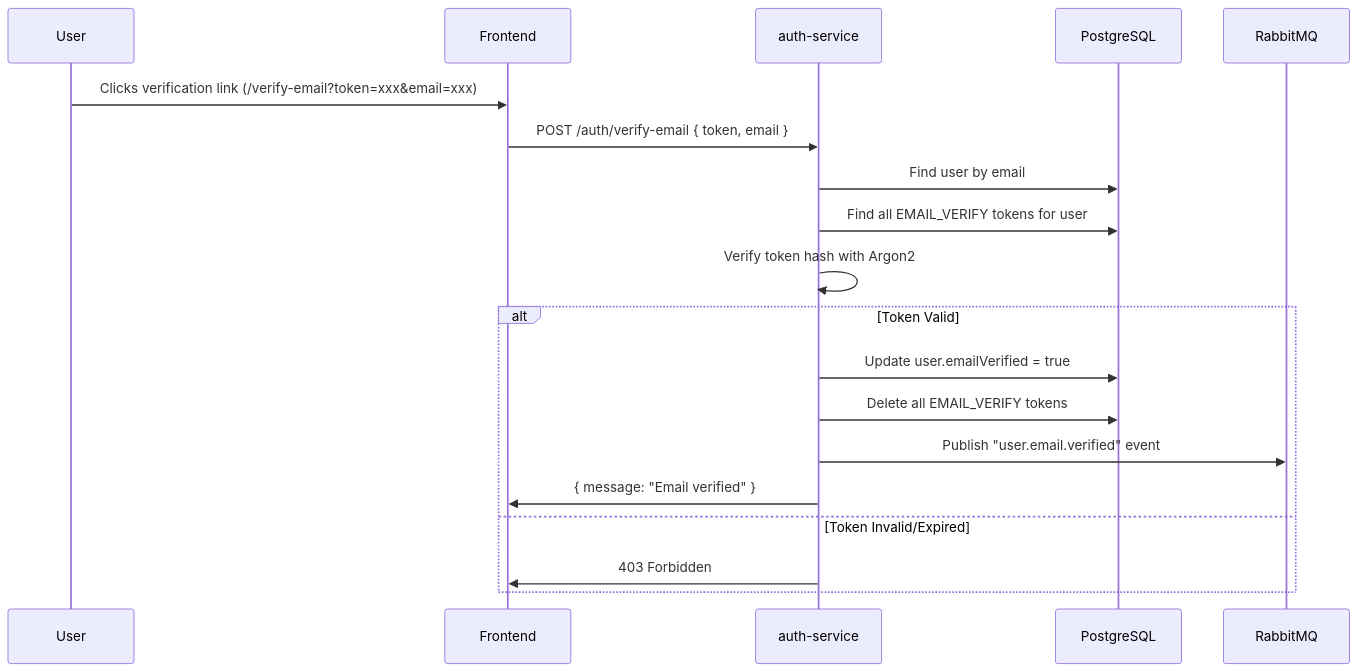
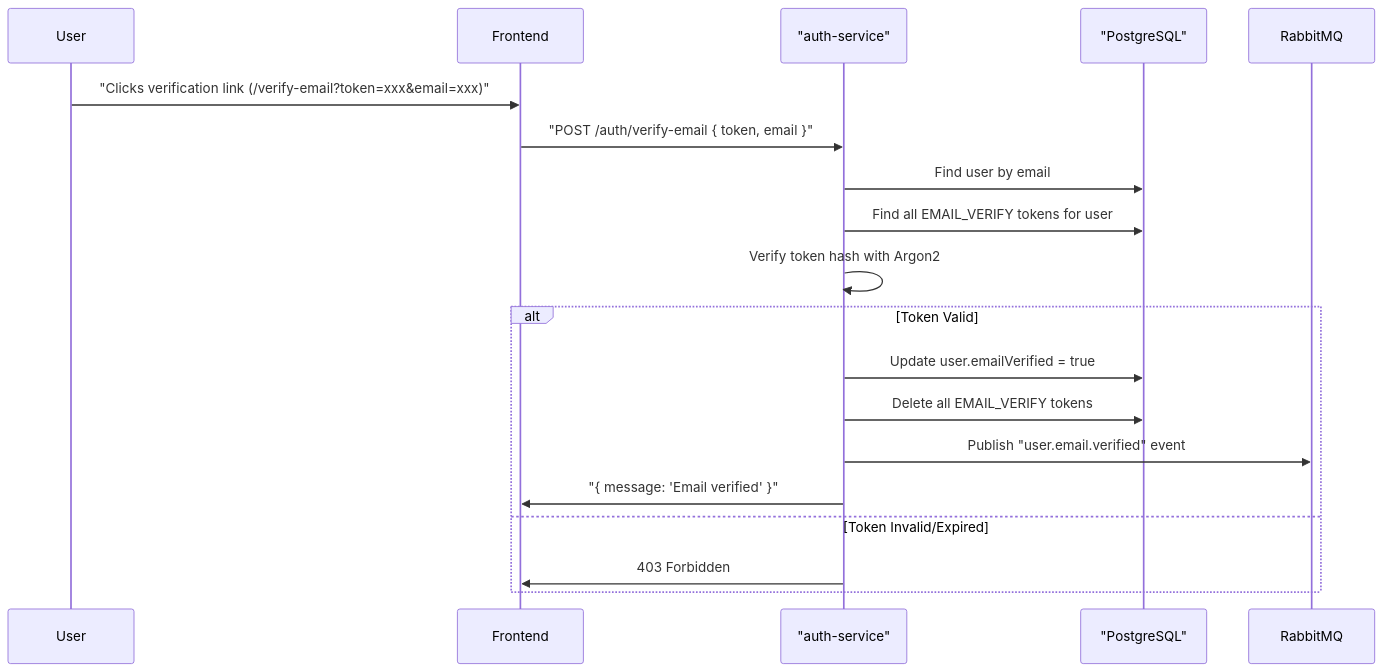
The fifth of 21 diagrams in profile/README.md (Food-Delivery-Aggregator/.github), drawn with Mermaid before and after one commit. The commit also changed other lines of this file, not shown here.

Commit message:
Refactor mermaid diagrams for clarity and consistency

````diff
--- a/profile/README.md
+++ b/profile/README.md
@@ -325,22 +322,22 @@
 ```mermaid
 sequenceDiagram
     participant User
     participant Frontend
-    participant AuthService as auth-service
-    participant Database as PostgreSQL
+    participant AuthService as "auth-service"
+    participant Database as "PostgreSQL"
 
-    User->>Frontend: Clicks verification link (/verify-email?token=xxx&email=xxx)
-    Frontend->>AuthService: POST /auth/verify-email { token, email }
+    User->>Frontend: "Clicks verification link (/verify-email?token=xxx&email=xxx)"
+    Frontend->>AuthService: "POST /auth/verify-email { token, email }"
     AuthService->>Database: Find user by email
     AuthService->>Database: Find all EMAIL_VERIFY tokens for user
     AuthService->>AuthService: Verify token hash with Argon2
     
     alt Token Valid
         AuthService->>Database: Update user.emailVerified = true
         AuthService->>Database: Delete all EMAIL_VERIFY tokens
         AuthService->>RabbitMQ: Publish "user.email.verified" event
-        AuthService->>Frontend: { message: "Email verified" }
+        AuthService->>Frontend: "{ message: 'Email verified' }"
     else Token Invalid/Expired
         AuthService->>Frontend: 403 Forbidden
     end
 ```
````
